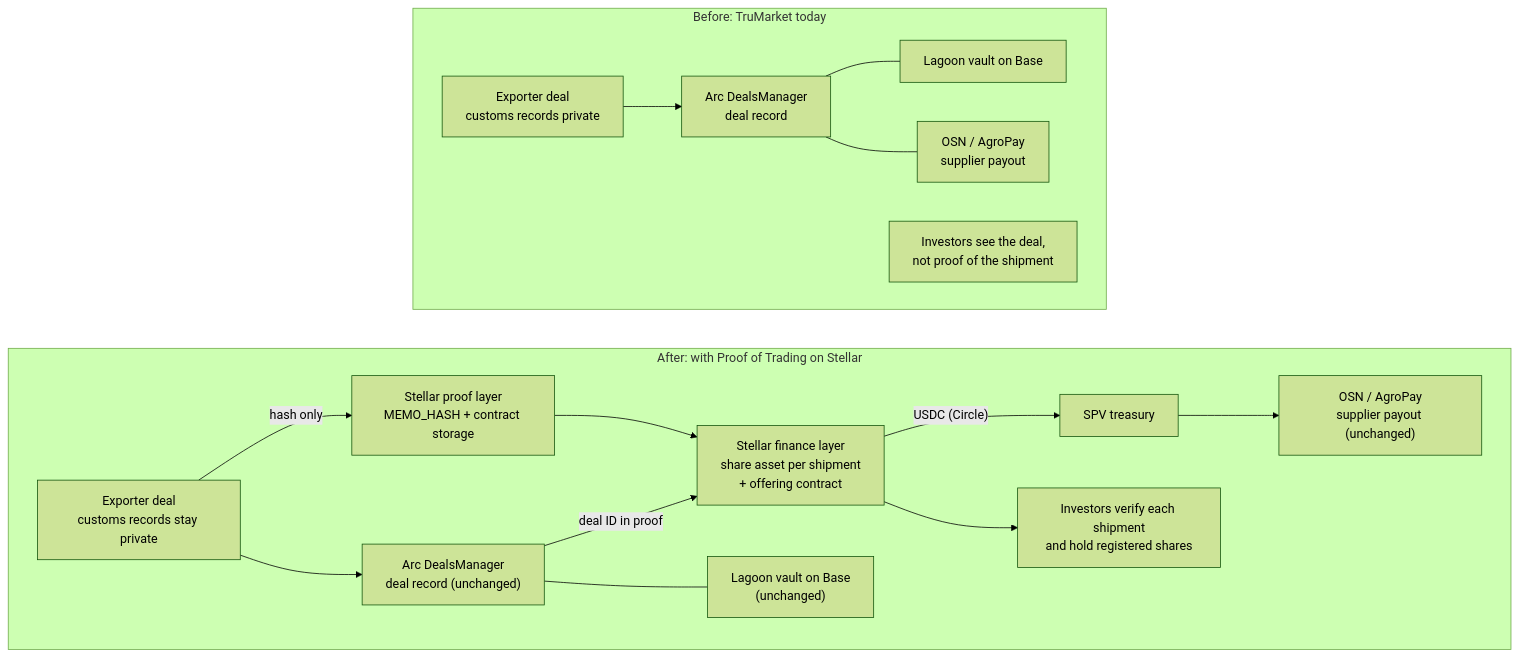
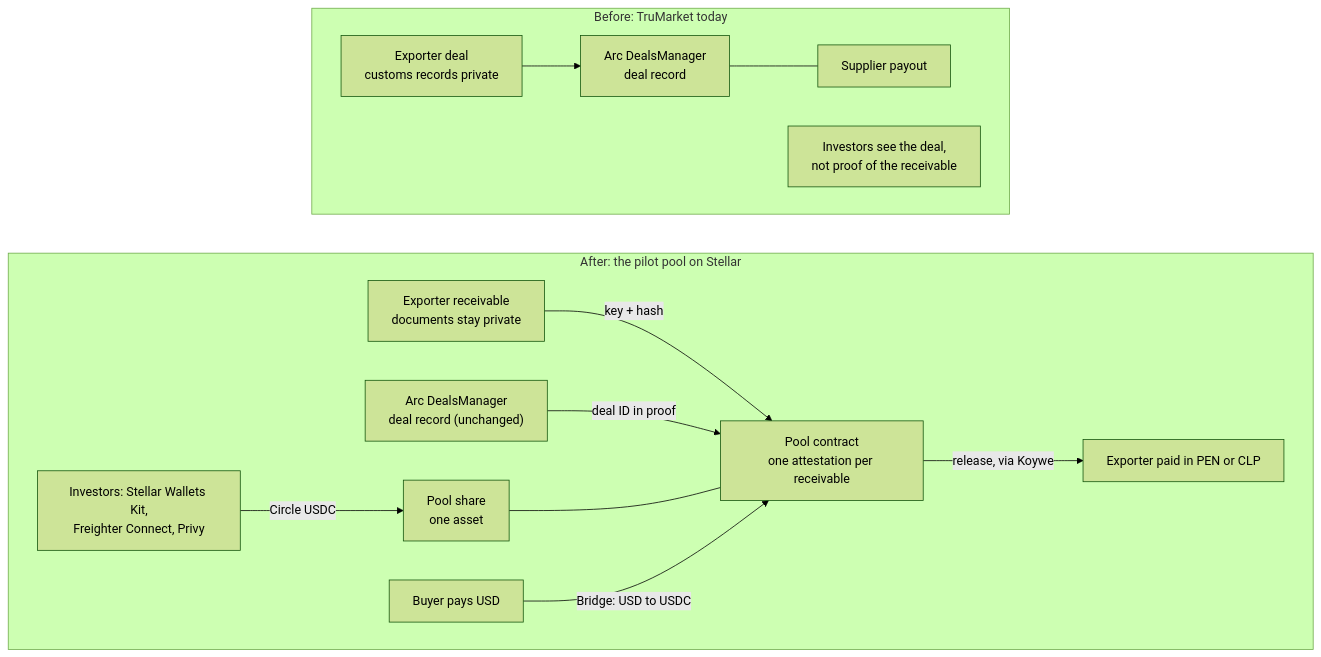
Before and after one commit to AgroSmart-Contracts/Proof-Of-Trading: the diagram in docs/figures/integration-before-after.mmd, drawn with Mermaid (forest theme). The commit also changed 17 other files, not shown here.

Commit message:
docs(figures): pool model figures (pilot structure, money flow, waterfall, receivable lifecycle, before/after, build plan); architecture leads with the pilot

```diff
--- a/docs/figures/integration-before-after.mmd
+++ b/docs/figures/integration-before-after.mmd
@@ -1,24 +1,20 @@
-%% TruMarket today vs. with the Stellar integration (planned; nothing in production uses Stellar yet)
+%% TruMarket today vs. the pilot on Stellar (planned; nothing in production uses Stellar yet)
 flowchart TB
   subgraph BEFORE["Before: TruMarket today"]
     direction LR
     B1["Exporter deal<br/>customs records private"] --> B2["Arc DealsManager<br/>deal record"]
-    B2 --- B3["Lagoon vault on Base"]
-    B2 --- B4["OSN / AgroPay<br/>supplier payout"]
-    B5["Investors see the deal,<br/>not proof of the shipment"]
+    B2 --- B4["Supplier payout"]
+    B5["Investors see the deal,<br/>not proof of the receivable"]
   end
 
-  subgraph AFTER["After: with Proof of Trading on Stellar"]
+  subgraph AFTER["After: the pilot pool on Stellar"]
     direction LR
-    A1["Exporter deal<br/>customs records stay private"] --> A2["Arc DealsManager<br/>deal record (unchanged)"]
-    A1 -- "hash only" --> A3["Stellar proof layer<br/>MEMO_HASH + contract storage"]
-    A2 -- "deal ID in proof" --> A4["Stellar finance layer<br/>share asset per shipment<br/>+ offering contract"]
-    A3 --> A4
-    A4 -- "USDC (Circle)" --> A5["SPV treasury"]
-    A5 --> A6["OSN / AgroPay<br/>supplier payout (unchanged)"]
-    A2 --- A8["Lagoon vault on Base<br/>(unchanged)"]
-    A7["Investors verify each shipment<br/>and hold registered shares"]
-    A4 --> A7
+    A1["Exporter receivable<br/>documents stay private"] -- "key + hash" --> A3["Pool contract<br/>one attestation per receivable"]
+    A2["Arc DealsManager<br/>deal record (unchanged)"] -- "deal ID in proof" --> A3
+    A9["Investors: Stellar Wallets Kit,<br/>Freighter Connect, Privy"] -- "Circle USDC" --> A4["Pool share<br/>one asset"]
+    A4 --- A3
+    A3 -- "release, via Koywe" --> A6["Exporter paid in PEN or CLP"]
+    A7["Buyer pays USD"] -- "Bridge: USD to USDC" --> A3
   end
 
   BEFORE ~~~ AFTER
```
